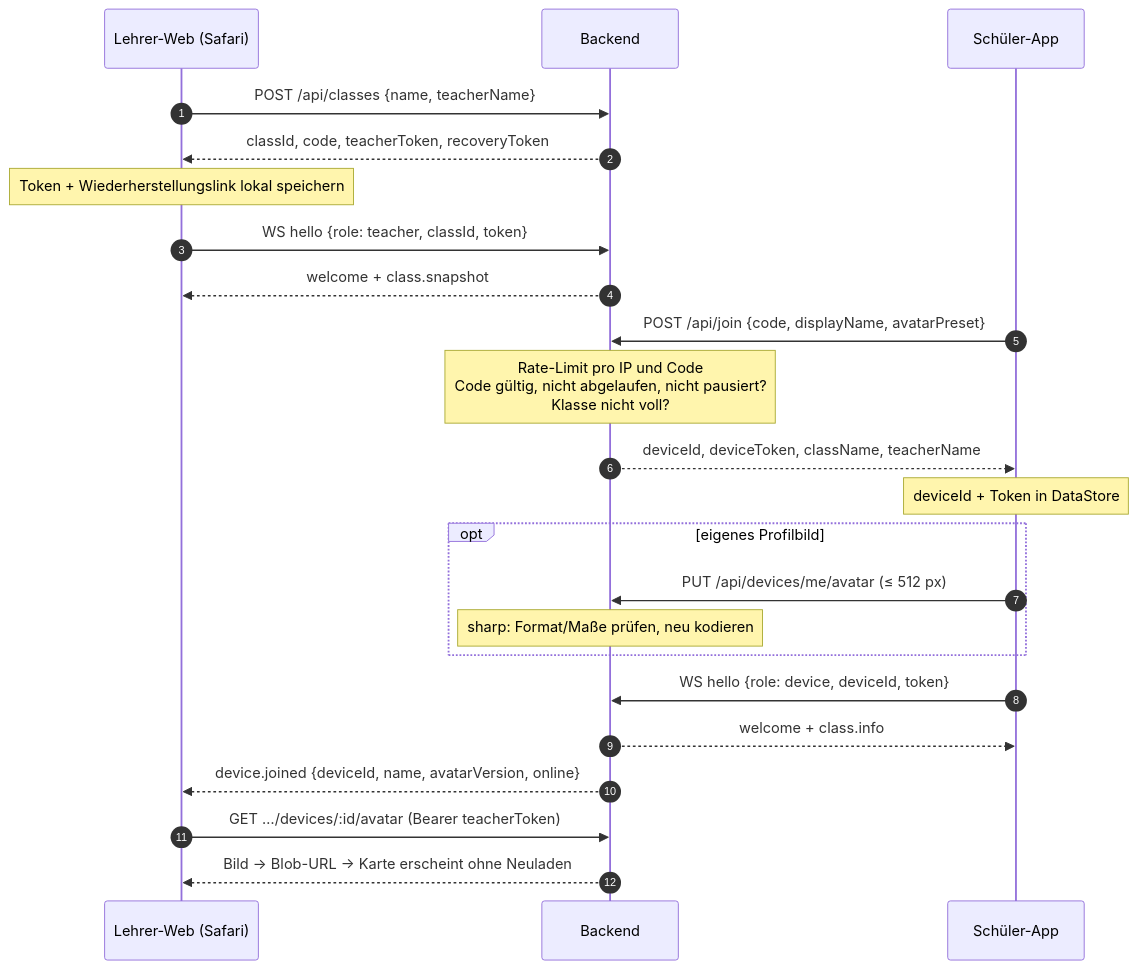
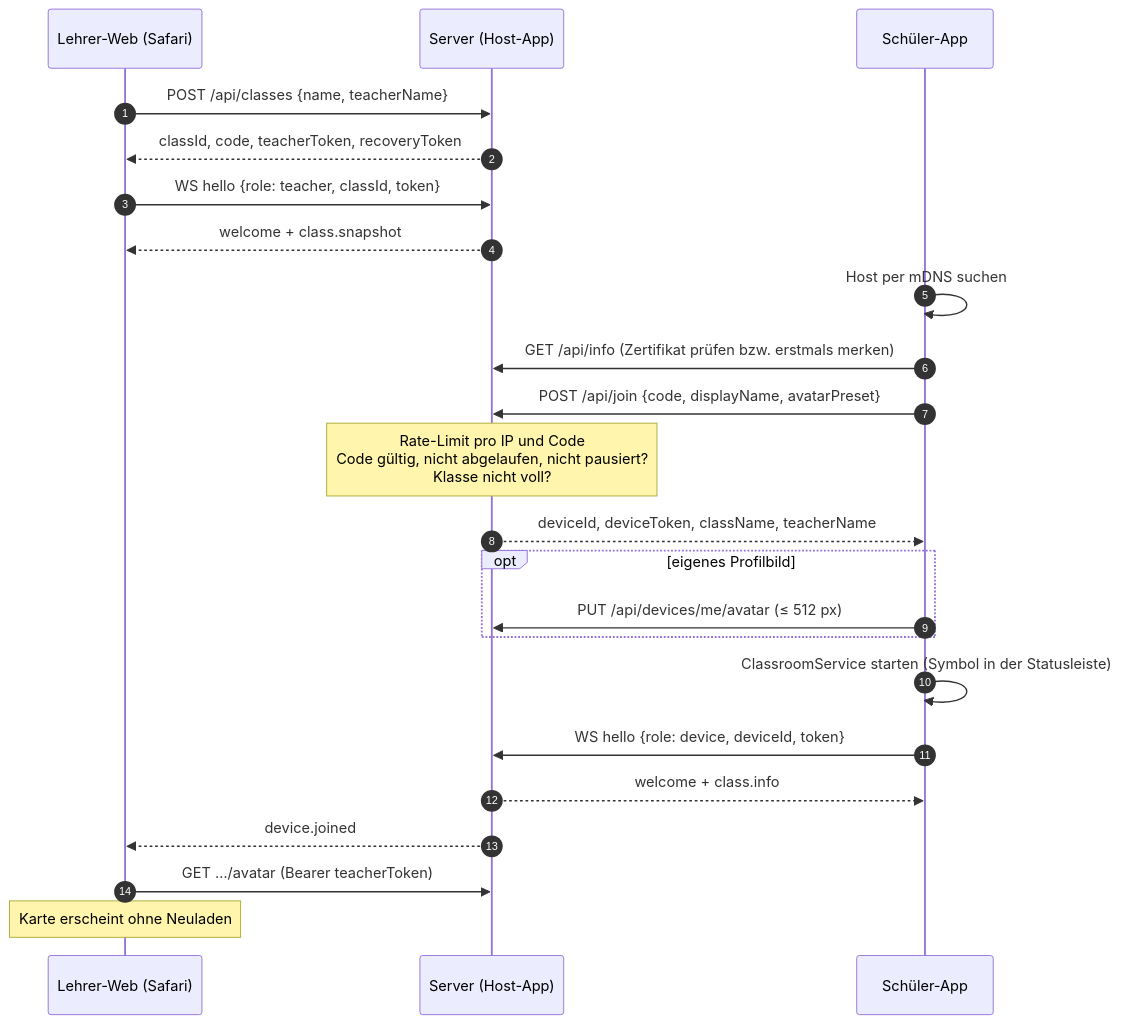
One commit to realcraftguy-com/Classview changed the sixth of 8 diagrams in docs/architecture.md. Above: the diagram before and after it, drawn with Mermaid. The commit also changed other lines of this file and 3 other files, not shown here.

First line of the commit message:
Phase 1 Rev. 2: Hosting per Host-App auf dem Galaxy S21 FE

````diff
--- a/docs/architecture.md
+++ b/docs/architecture.md
@@ -335,27 +427,27 @@
 ```mermaid
 sequenceDiagram
     autonumber
     participant L as Lehrer-Web (Safari)
-    participant B as Backend
+    participant H as Server (Host-App)
     participant S as Schüler-App
 
-    L->>B: POST /api/classes {name, teacherName}
-    B-->>L: classId, code, teacherToken, recoveryToken
-    Note over L: Token + Wiederherstellungslink lokal speichern
-    L->>B: WS hello {role: teacher, classId, token}
-    B-->>L: welcome + class.snapshot
+    L->>H: POST /api/classes {name, teacherName}
+    H-->>L: classId, code, teacherToken, recoveryToken
+    L->>H: WS hello {role: teacher, classId, token}
+    H-->>L: welcome + class.snapshot
 
-    S->>B: POST /api/join {code, displayName, avatarPreset}
-    Note over B: Rate-Limit pro IP und Code<br/>Code gültig, nicht abgelaufen, nicht pausiert?<br/>Klasse nicht voll?
-    B-->>S: deviceId, deviceToken, className, teacherName
-    Note over S: deviceId + Token in DataStore
+    S->>S: Host per mDNS suchen
+    S->>H: GET /api/info (Zertifikat prüfen bzw. erstmals merken)
+    S->>H: POST /api/join {code, displayName, avatarPreset}
+    Note over H: Rate-Limit pro IP und Code<br/>Code gültig, nicht abgelaufen, nicht pausiert?<br/>Klasse nicht voll?
+    H-->>S: deviceId, deviceToken, className, teacherName
     opt eigenes Profilbild
-        S->>B: PUT /api/devices/me/avatar (≤ 512 px)
-        Note over B: sharp: Format/Maße prüfen, neu kodieren
+        S->>H: PUT /api/devices/me/avatar (≤ 512 px)
     end
-    S->>B: WS hello {role: device, deviceId, token}
-    B-->>S: welcome + class.info
-    B-->>L: device.joined {deviceId, name, avatarVersion, online}
-    L->>B: GET …/devices/:id/avatar (Bearer teacherToken)
-    B-->>L: Bild → Blob-URL → Karte erscheint ohne Neuladen
+    S->>S: ClassroomService starten (Symbol in der Statusleiste)
+    S->>H: WS hello {role: device, deviceId, token}
+    H-->>S: welcome + class.info
+    H-->>L: device.joined
+    L->>H: GET …/avatar (Bearer teacherToken)
+    Note over L: Karte erscheint ohne Neuladen
 ```
````
